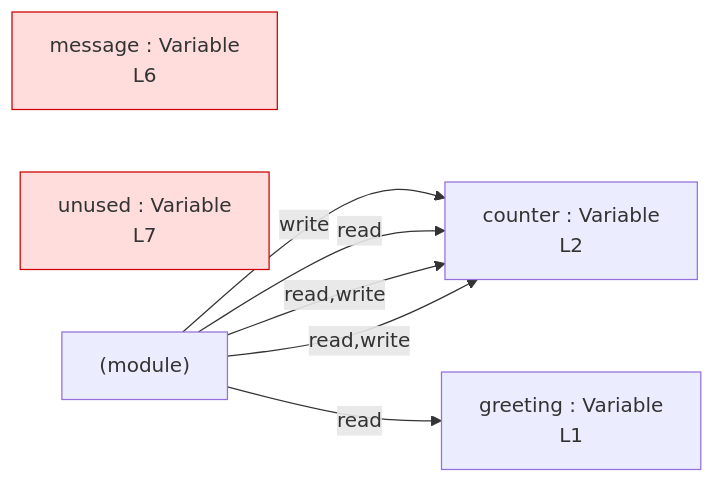
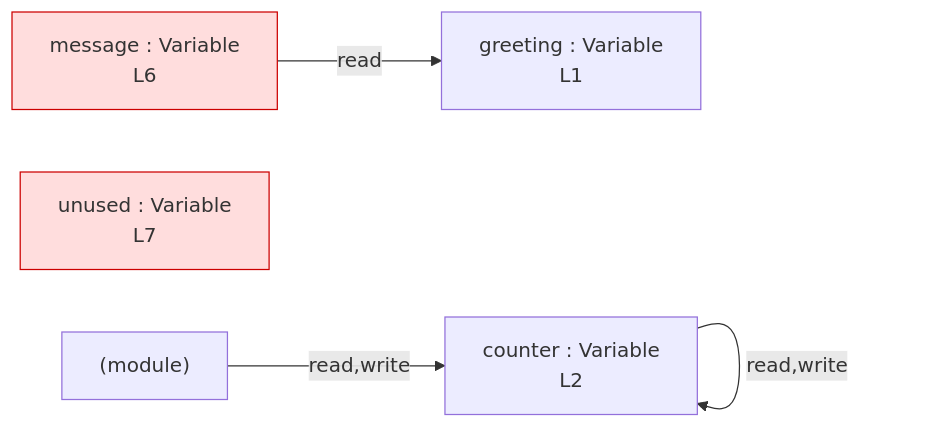
Before and after one commit to crescware/unsnarl: the diagram in integration/fixtures/simple-const-let/preview.md, drawn with Mermaid. The commit also changed 38 other files, not shown here.

First line of the commit message:
feat: route Mermaid edges through the initialized variable (owner)

````diff
--- a/integration/fixtures/simple-const-let/preview.md
+++ b/integration/fixtures/simple-const-let/preview.md
@@ -17,16 +17,16 @@
 ```mermaid
 flowchart LR
   n_scope_0_greeting_6["greeting : Variable\nL1"]
   n_scope_0_counter_30["counter : Variable\nL2"]
   n_scope_0_message_97["message : Variable\nL6"]
   n_scope_0_unused_123["unused : Variable\nL7"]
-  module_root -->|write| n_scope_0_counter_30
-  module_root -->|read| n_scope_0_counter_30
+  n_scope_0_counter_30 -->|write| n_scope_0_counter_30
+  n_scope_0_counter_30 -->|read| n_scope_0_counter_30
+  n_scope_0_counter_30 -->|read,write| n_scope_0_counter_30
   module_root -->|read,write| n_scope_0_counter_30
-  module_root -->|read,write| n_scope_0_counter_30
-  module_root -->|read| n_scope_0_greeting_6
+  n_scope_0_message_97 -->|read| n_scope_0_greeting_6
   module_root["(module)"]
   classDef unused fill:#fdd,stroke:#c00;
   class n_scope_0_message_97 unused;
   class n_scope_0_unused_123 unused;
 ```
````
